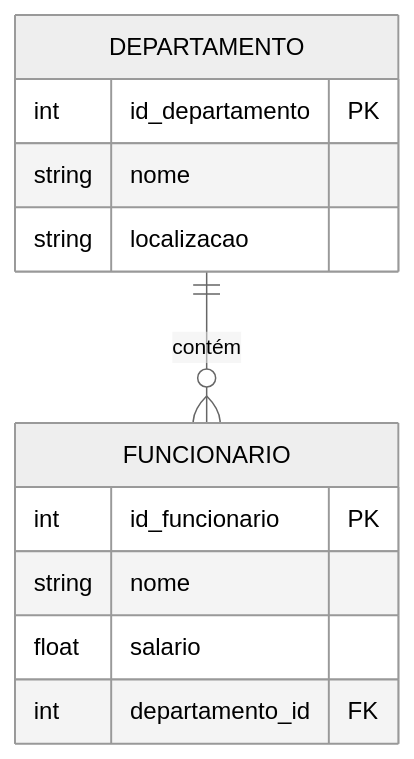
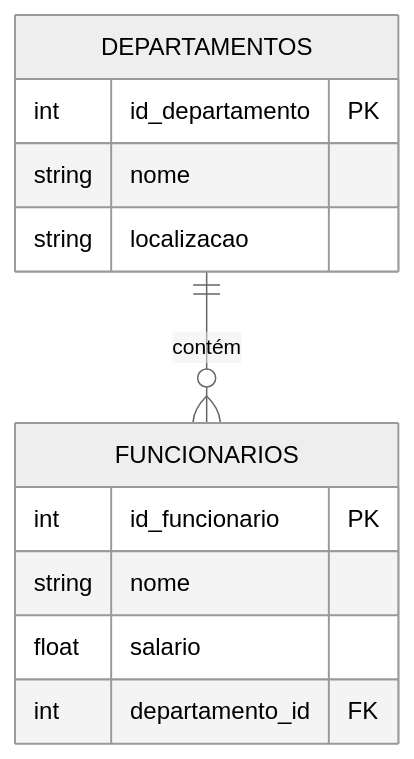
The fourth of 13 diagrams in docs/aulas/Aula_03_Relacionamentos_Cardinalidade.md (GTI-Fatec-Jahu/BDA-GTI-2026-2), drawn with Mermaid (neutral theme) before and after one commit. The commit also changed other lines of this file and 5 other files, not shown here.

````diff
--- a/docs/aulas/Aula_03_Relacionamentos_Cardinalidade.md
+++ b/docs/aulas/Aula_03_Relacionamentos_Cardinalidade.md
@@ -322,15 +322,15 @@
 ```mermaid
 erDiagram
-    DEPARTAMENTO {
+    DEPARTAMENTOS {
         int id_departamento PK
         string nome
         string localizacao
     }
-    FUNCIONARIO {
+    FUNCIONARIOS {
         int id_funcionario PK
         string nome
         float salario
         int departamento_id FK
     }
-    DEPARTAMENTO ||--o{ FUNCIONARIO : "contém"
+    DEPARTAMENTOS ||--o{ FUNCIONARIOS : "contém"
 ```
````
